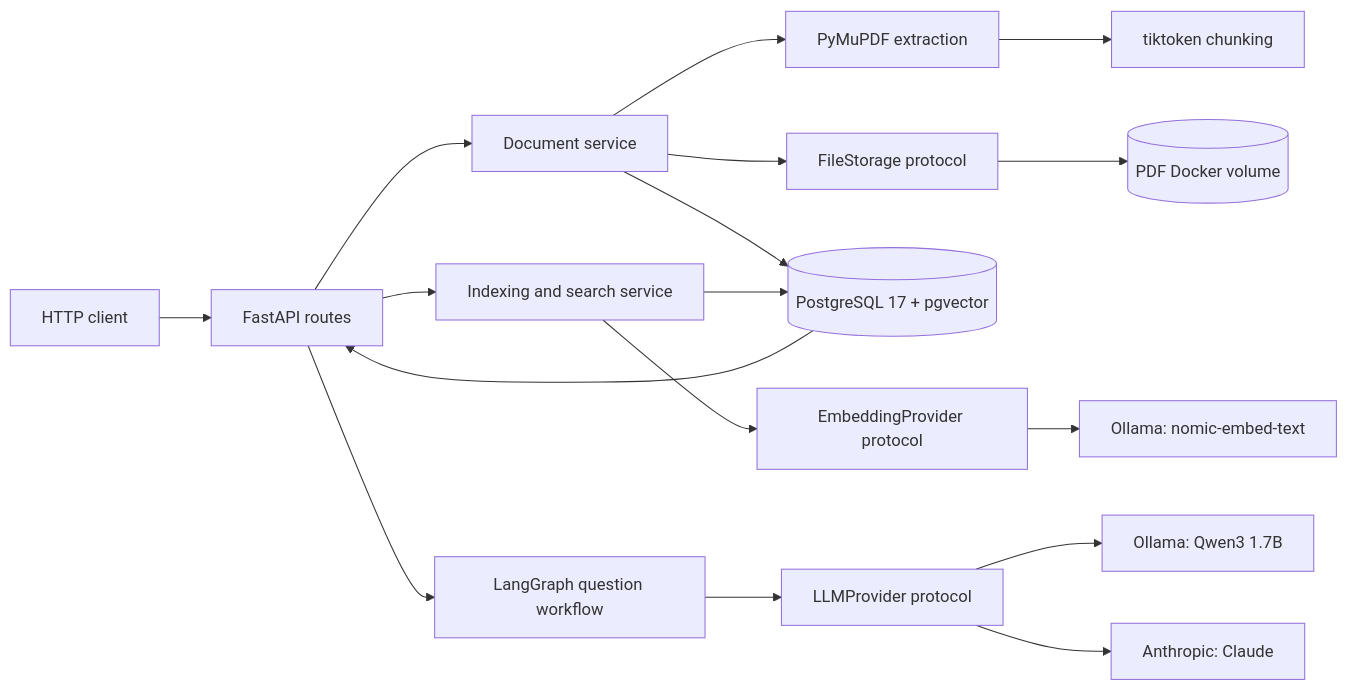
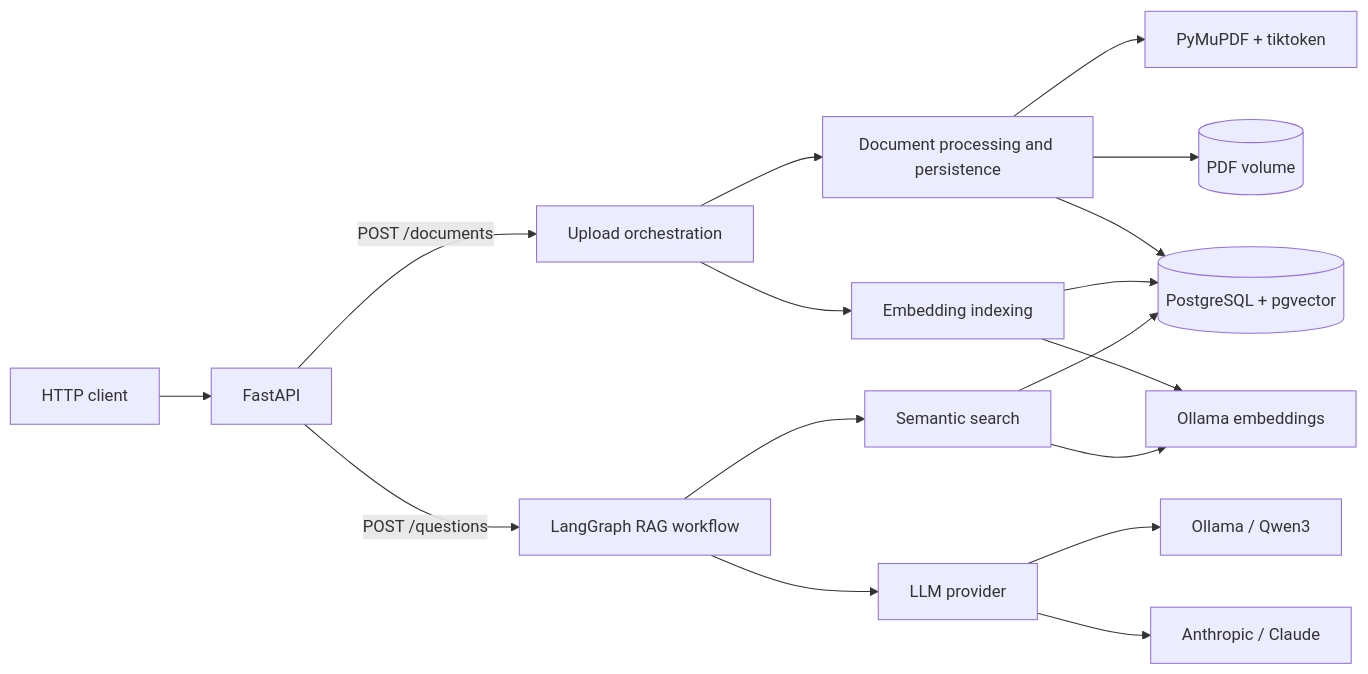
The first of 2 diagrams in docs/architecture.md (laszlokiss88/garden-center-api), drawn with Mermaid before and after one commit. The commit also changed other lines of this file and 48 other files, not shown here.

````diff
--- a/docs/architecture.md
+++ b/docs/architecture.md
@@ -9,19 +8,23 @@
 ```mermaid
 flowchart LR
-    Client[HTTP client] --> API[FastAPI routes]
-    API --> DS[Document service]
-    DS --> PDF[PyMuPDF extraction]
-    PDF --> Chunk[tiktoken chunking]
-    DS --> Storage[FileStorage protocol]
-    Storage --> Files[(PDF Docker volume)]
-    DS --> DB[(PostgreSQL 17 + pgvector)]
-    API --> SS[Indexing and search service]
-    SS --> EP[EmbeddingProvider protocol]
-    EP --> Ollama[Ollama: nomic-embed-text]
-    SS --> DB
-    DB --> API
-    API --> RAG[LangGraph question workflow]
-    RAG --> GP[LLMProvider protocol]
-    GP --> Qwen[Ollama: Qwen3 1.7B]
-    GP --> Claude[Anthropic: Claude]
+    Client[HTTP client] --> API[FastAPI]
+
+    API -->|POST /documents| Upload[Upload orchestration]
+    Upload --> Documents[Document processing and persistence]
+    Upload --> Index[Embedding indexing]
+
+    Documents --> PDF[PyMuPDF + tiktoken]
+    Documents --> Storage[(PDF volume)]
+    Documents --> DB[(PostgreSQL + pgvector)]
+
+    Index --> Embeddings[Ollama embeddings]
+    Index --> DB
+
+    API -->|POST /questions| RAG[LangGraph RAG workflow]
+    RAG --> Search[Semantic search]
+    Search --> Embeddings
+    Search --> DB
+    RAG --> LLM[LLM provider]
+    LLM --> Qwen[Ollama / Qwen3]
+    LLM --> Claude[Anthropic / Claude]
 ```
````
